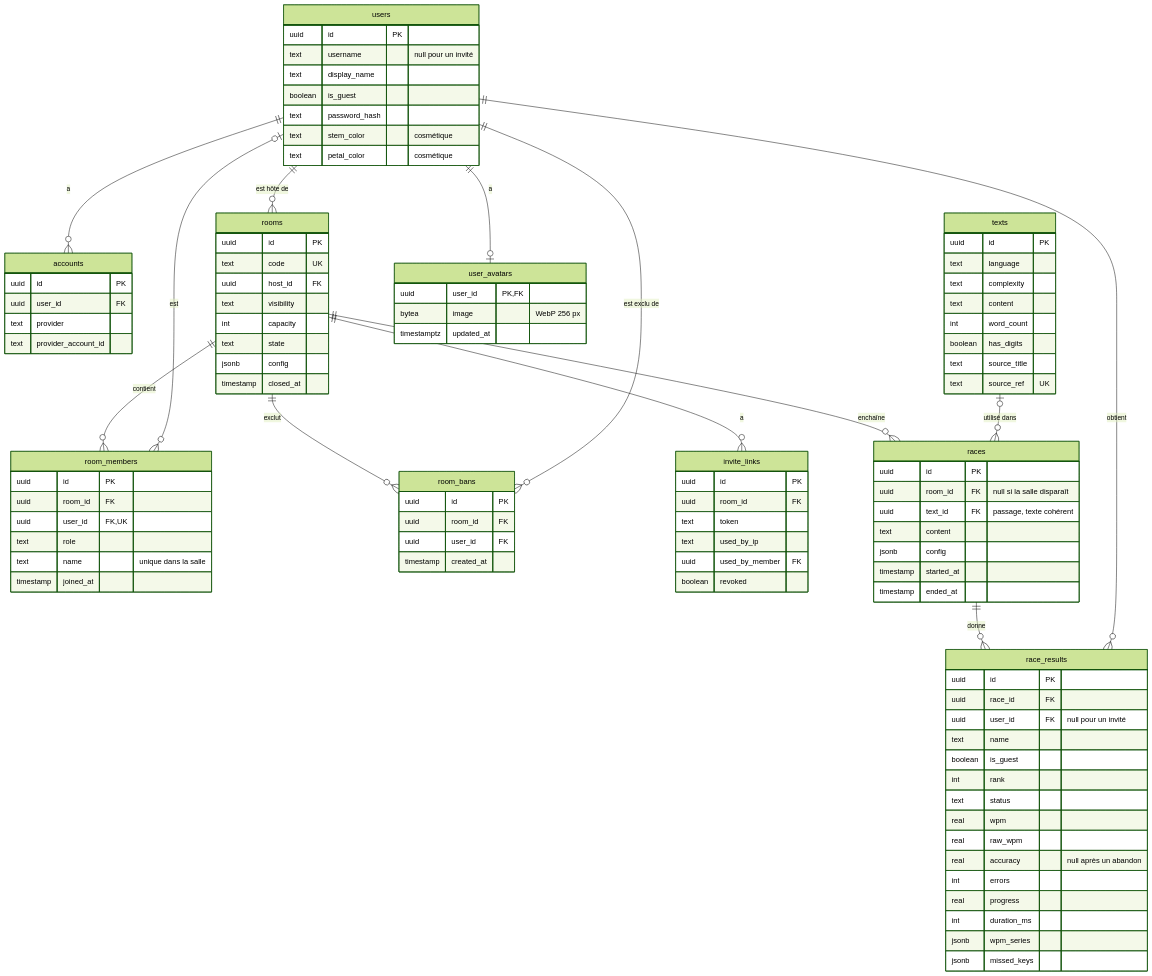
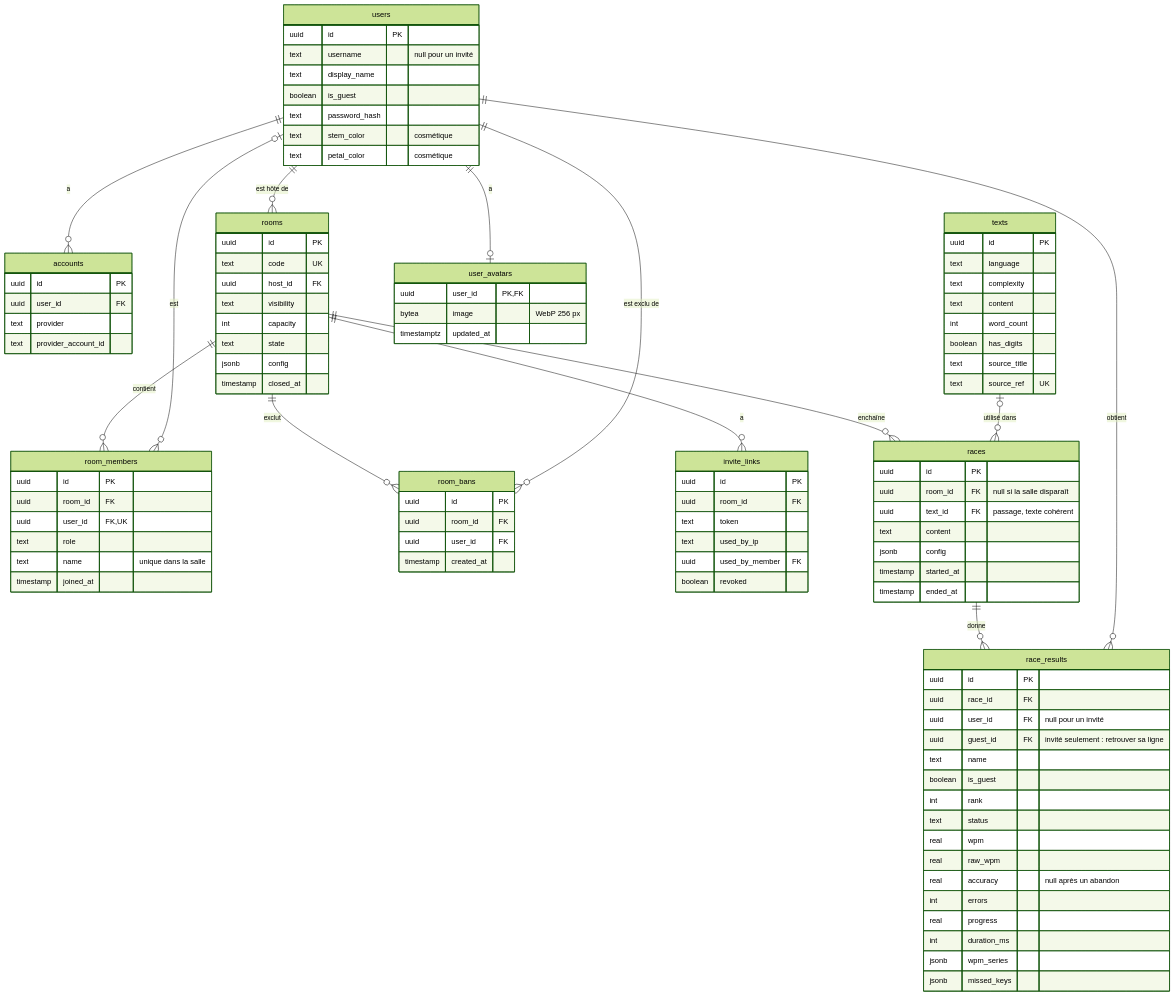
Before and after one commit to Onyyx256/typeracer: the first of 2 diagrams in docs/ARCHITECTURE.md, drawn with Mermaid (forest theme). The commit also changed 1 other file, not shown here.

Commit message:
docs: note how guests find their own race results
- docs/ARCHITECTURE.md: guest_id in the data model
- docs/EXIGENCES.md: guests see their own missed keys (RES-03), and
  guest_id is not history (AUTH-03, RES-05, TEST-02)

```diff
--- a/docs/ARCHITECTURE.md
+++ b/docs/ARCHITECTURE.md
@@ -94,6 +94,7 @@
         uuid id PK
         uuid race_id FK
         uuid user_id FK "null pour un invité"
+        uuid guest_id FK "invité seulement : retrouver sa ligne"
         text name
         boolean is_guest
         int rank
```
